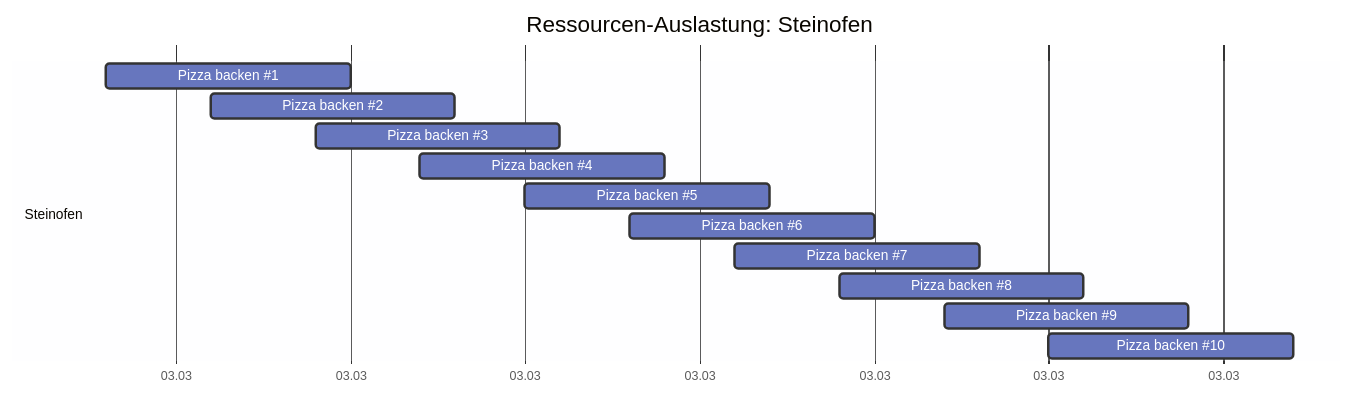
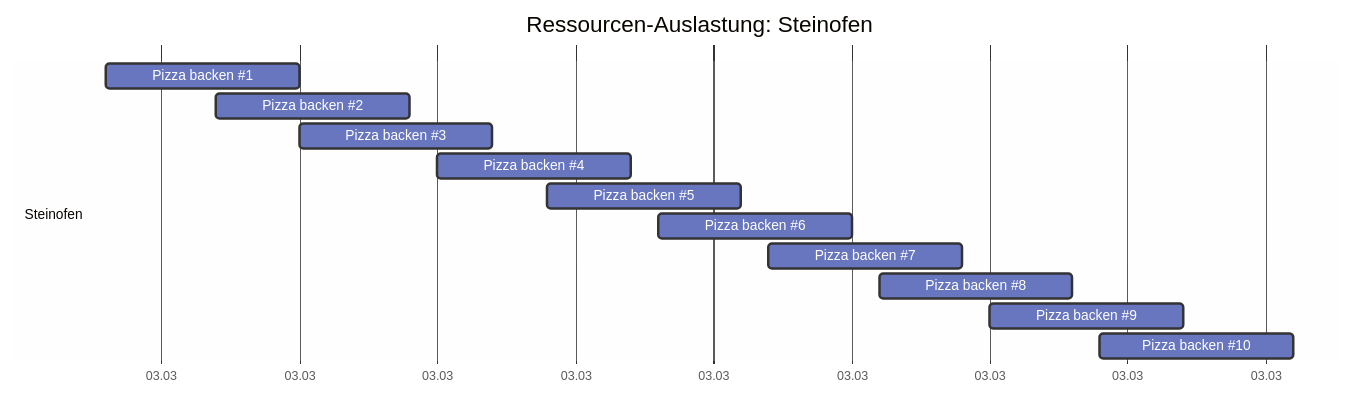
The fourth of 5 diagrams in tests/golden/pizzas.md (mistamichael/sproject), drawn with Mermaid before and after one commit. The commit also changed other lines of this file and 27 other files, not shown here.

````diff
--- a/tests/golden/pizzas.md
+++ b/tests/golden/pizzas.md
@@ -332,21 +337,21 @@
 ```mermaid
 %%{init: {'theme': 'base', 'themeVariables': {'taskBkgColor': '#6776BE', 'taskBorderColor': '#333', 'taskTextColor': '#fff'}}}%%
 gantt
     title Ressourcen-Auslastung: Steinofen
     dateFormat  YYYY-MM-DD HH:mm
     axisFormat  %d.%m
     excludes    weekends, 2026-01-01, 2026-01-06, 2026-04-03, 2026-04-06, 2026-05-01, 2026-05-14, 2026-05-25, 2026-06-04, 2026-08-15, 2026-10-03, 2026-11-01, 2026-12-25, 2026-12-26
 
     section Steinofen
 
     Pizza backen #1             :t0, 2026-03-03 10:03, 2026-03-03 10:10
-    Pizza backen #2             :t1, 2026-03-03 10:06, 2026-03-03 10:13
-    Pizza backen #3             :t2, 2026-03-03 10:09, 2026-03-03 10:16
-    Pizza backen #4             :t3, 2026-03-03 10:12, 2026-03-03 10:19
-    Pizza backen #5             :t4, 2026-03-03 10:15, 2026-03-03 10:22
-    Pizza backen #6             :t5, 2026-03-03 10:18, 2026-03-03 10:25
-    Pizza backen #7             :t6, 2026-03-03 10:21, 2026-03-03 10:28
-    Pizza backen #8             :t7, 2026-03-03 10:24, 2026-03-03 10:31
-    Pizza backen #9             :t8, 2026-03-03 10:27, 2026-03-03 10:34
-    Pizza backen #10            :t9, 2026-03-03 10:30, 2026-03-03 10:37
+    Pizza backen #2             :t1, 2026-03-03 10:07, 2026-03-03 10:14
+    Pizza backen #3             :t2, 2026-03-03 10:10, 2026-03-03 10:17
+    Pizza backen #4             :t3, 2026-03-03 10:15, 2026-03-03 10:22
+    Pizza backen #5             :t4, 2026-03-03 10:19, 2026-03-03 10:26
+    Pizza backen #6             :t5, 2026-03-03 10:23, 2026-03-03 10:30
+    Pizza backen #7             :t6, 2026-03-03 10:27, 2026-03-03 10:34
+    Pizza backen #8             :t7, 2026-03-03 10:31, 2026-03-03 10:38
+    Pizza backen #9             :t8, 2026-03-03 10:35, 2026-03-03 10:42
+    Pizza backen #10            :t9, 2026-03-03 10:39, 2026-03-03 10:46
 ```
````
